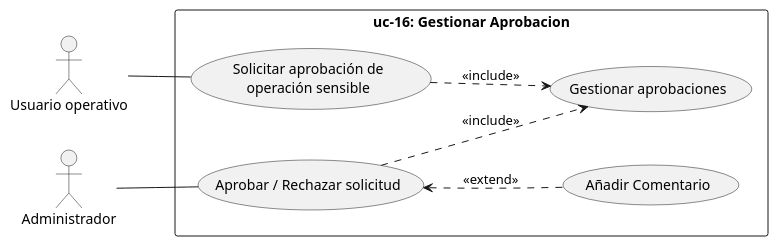
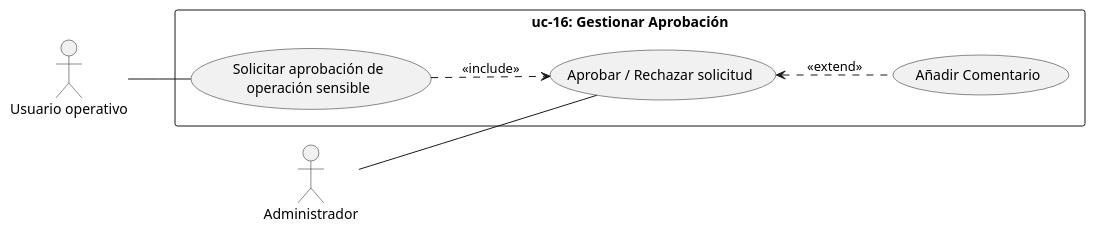
The diagram in doc/src/casos-uso/uc-16-gestionar-aprobaciones.pu (pablorv3/Hienitas-ADAP), drawn with PlantUML before and after one commit. The commit also changed 3 other files, not shown here.

Commit message:
uml diagram user case fixes

```diff
--- a/doc/src/casos-uso/uc-16-gestionar-aprobaciones.pu
+++ b/doc/src/casos-uso/uc-16-gestionar-aprobaciones.pu
@@ -1,20 +1,18 @@
 @startuml uc-16
 left to right direction
 
 actor "Usuario operativo" as UO
 actor "Administrador" as Admin
 
-rectangle "uc-16: Gestionar Aprobacion" {
-  usecase "Gestionar aprobaciones" as UC16
+rectangle "uc-16: Gestionar Aprobación" {
   usecase "Solicitar aprobación de\noperación sensible" as Solicitar
   usecase "Aprobar / Rechazar solicitud" as Resolver
   usecase "Añadir Comentario" as Comentario
 }
 
 UO -- Solicitar
 Admin -- Resolver
 
-Solicitar ..> UC16 : <<include>>
-Resolver ..> UC16 : <<include>>
+Solicitar ..> Resolver : <<include>>
 Resolver <.. Comentario : <<extend>>
 @enduml
```
